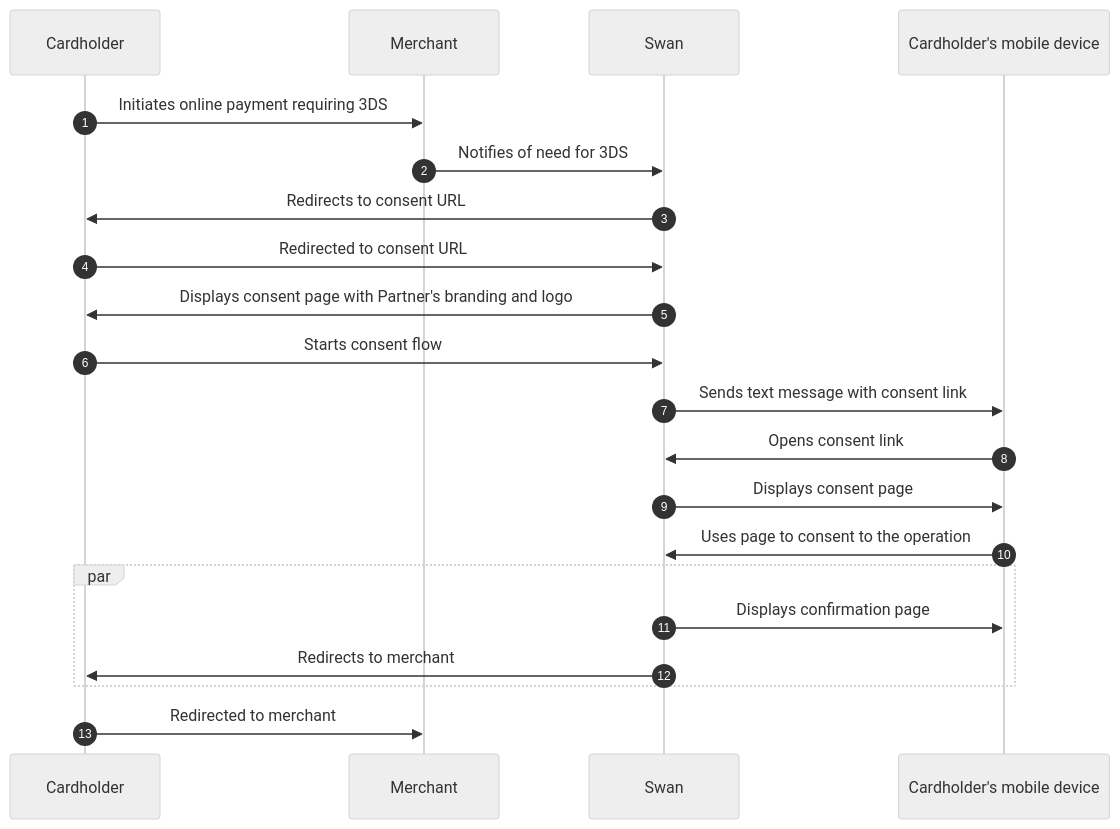
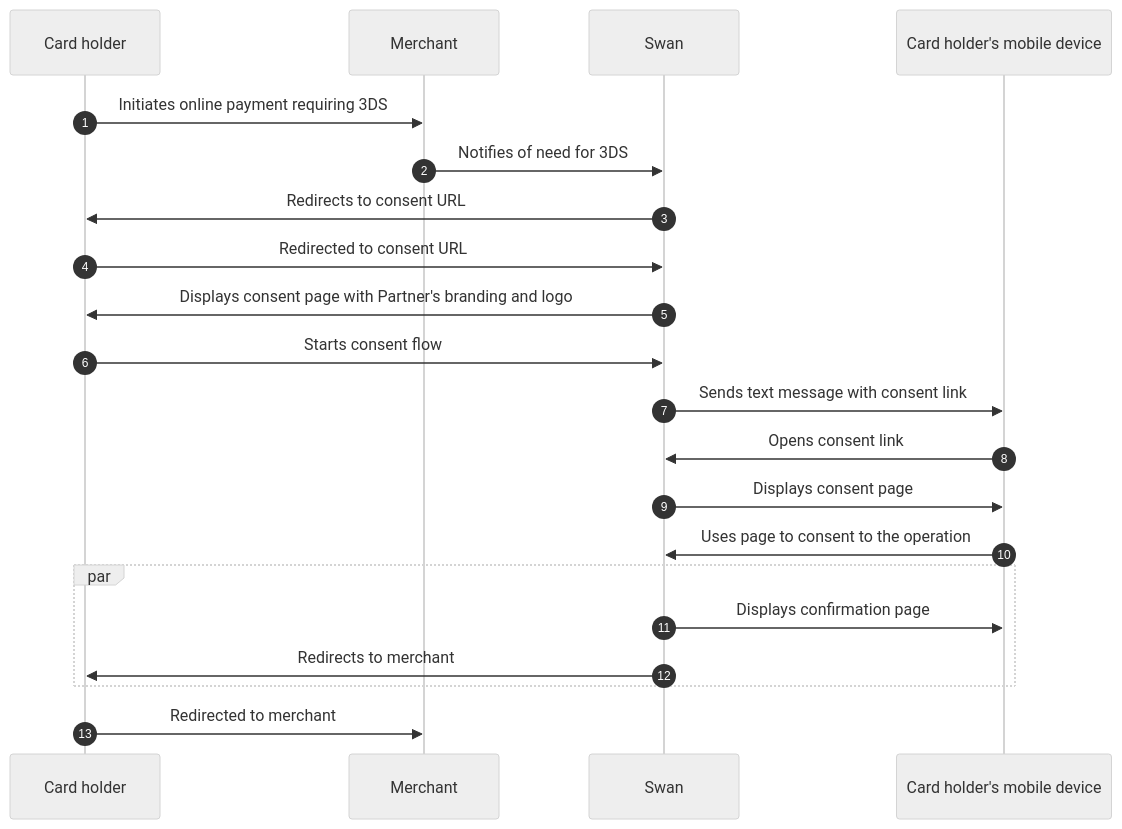
One commit to swan-io/docs changed the second of 2 diagrams in docs/topics/payments/cards/index.mdx. Above: the diagram before and after it, drawn with Mermaid (neutral theme). The commit also changed other lines of this file and 6 other files, not shown here.

````diff
--- a/docs/topics/payments/cards/index.mdx
+++ b/docs/topics/payments/cards/index.mdx
@@ -330,23 +330,23 @@
 ```mermaid
 sequenceDiagram
 autonumber
-participant CH as Cardholder
+participant CH as Card holder
 participant M as Merchant
 participant S as Swan
-participant CM as Cardholder's mobile device
+participant CM as Card holder's mobile device
     CH->> M: Initiates online payment requiring 3DS
     M ->> S: Notifies of need for 3DS
     S ->> CH: Redirects to consent URL
     CH->> S: Redirected to consent URL
     S ->> CH: Displays consent page with Partner's branding and logo
     CH->> S: Starts consent flow
     S ->> CM: Sends text message with consent link
     CM ->> S: Opens consent link
     S ->> CM: Displays consent page
     CM ->> S: Uses page to consent to the operation
     par
         S ->> CM: Displays confirmation page
         S ->> CH: Redirects to merchant
     end
     CH->> M: Redirected to merchant
 ```
````
